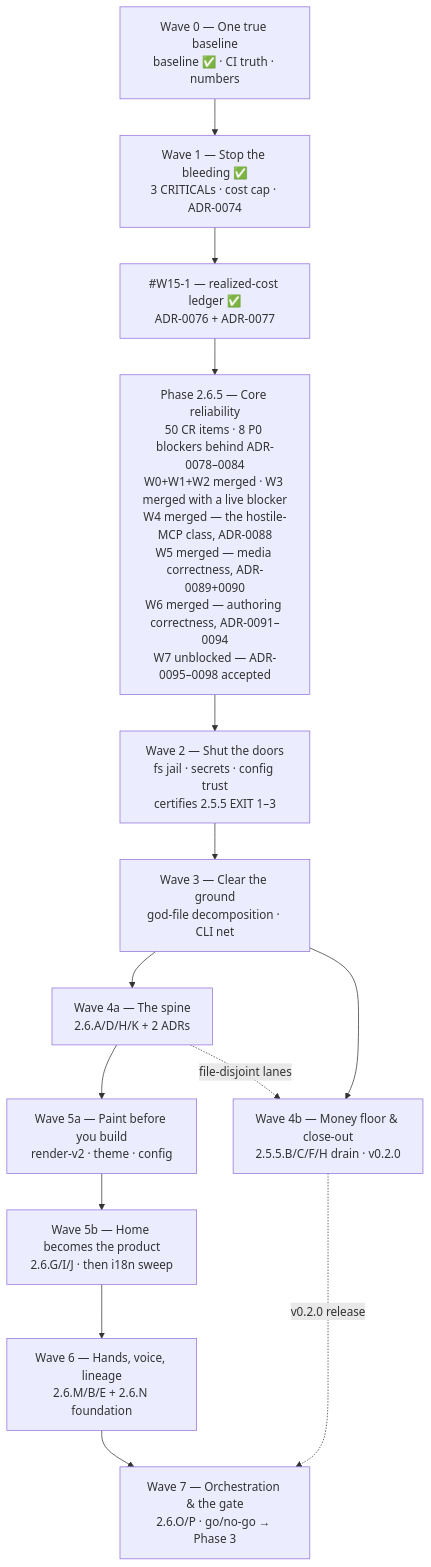
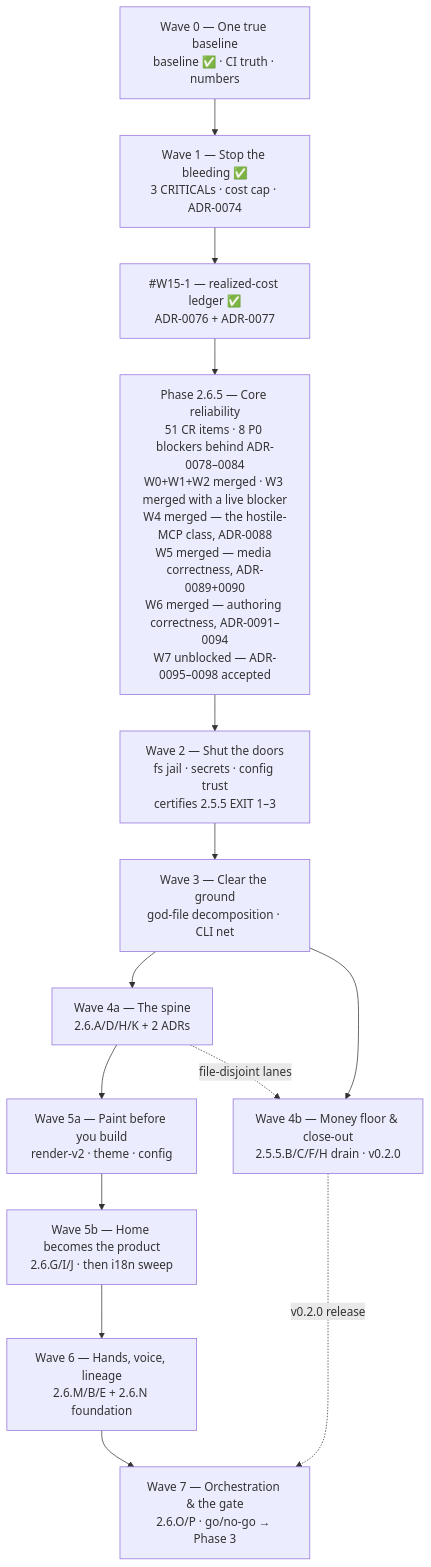
Before and after one commit to HodeTech/Relavium: the diagram in docs/roadmap/current.md, drawn with Mermaid. The commit also changed other lines of this file and 11 other files, not shown here.

````diff
--- a/docs/roadmap/current.md
+++ b/docs/roadmap/current.md
@@ -300,19 +300,19 @@
 ```mermaid
 flowchart TD
     W0["Wave 0 — One true baseline<br/>baseline ✅ · CI truth · numbers"]
     W1["Wave 1 — Stop the bleeding ✅<br/>3 CRITICALs · cost cap · ADR-0074"]
     LEDGER["#W15-1 — realized-cost ledger ✅<br/>ADR-0076 + ADR-0077"]
-    P265["Phase 2.6.5 — Core reliability<br/>50 CR items · 8 P0 blockers behind ADR-0078–0084<br/>W0+W1+W2 merged · W3 merged with a live blocker<br/>W4 merged — the hostile-MCP class, ADR-0088<br/>W5 merged — media correctness, ADR-0089+0090<br/>W6 merged — authoring correctness, ADR-0091–0094<br/>W7 unblocked — ADR-0095–0098 accepted"]
+    P265["Phase 2.6.5 — Core reliability<br/>51 CR items · 8 P0 blockers behind ADR-0078–0084<br/>W0+W1+W2 merged · W3 merged with a live blocker<br/>W4 merged — the hostile-MCP class, ADR-0088<br/>W5 merged — media correctness, ADR-0089+0090<br/>W6 merged — authoring correctness, ADR-0091–0094<br/>W7 unblocked — ADR-0095–0098 accepted"]
     W2["Wave 2 — Shut the doors<br/>fs jail · secrets · config trust<br/>certifies 2.5.5 EXIT 1–3"]
     W3["Wave 3 — Clear the ground<br/>god-file decomposition · CLI net"]
     W4a["Wave 4a — The spine<br/>2.6.A/D/H/K + 2 ADRs"]
     W4b["Wave 4b — Money floor & close-out<br/>2.5.5.B/C/F/H drain · v0.2.0"]
     W5a["Wave 5a — Paint before you build<br/>render-v2 · theme · config"]
     W5b["Wave 5b — Home becomes the product<br/>2.6.G/I/J · then i18n sweep"]
     W6["Wave 6 — Hands, voice, lineage<br/>2.6.M/B/E + 2.6.N foundation"]
     W7["Wave 7 — Orchestration & the gate<br/>2.6.O/P · go/no-go → Phase 3"]
     W0 --> W1 --> LEDGER --> P265 --> W2 --> W3 --> W4a --> W5a --> W5b --> W6 --> W7
     W3 --> W4b
     W4b -.->|v0.2.0 release| W7
     W4a -.->|file-disjoint lanes| W4b
 ```
````
